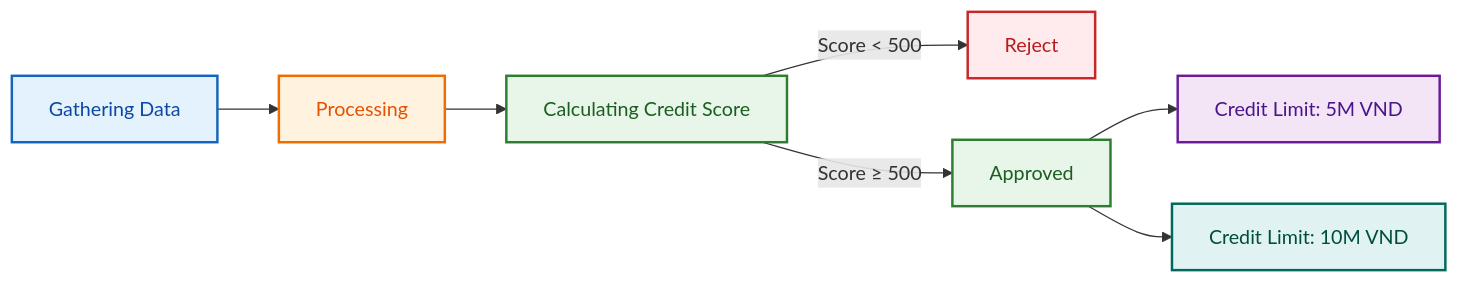
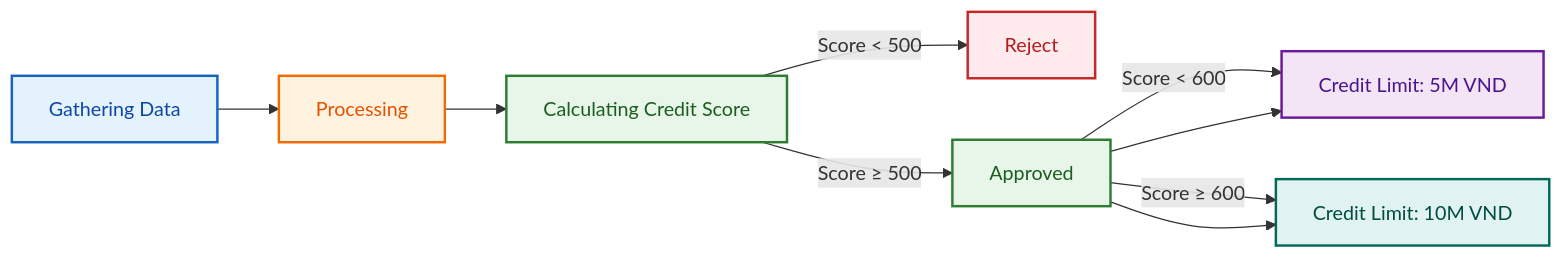
The diagram in README.md (ductin2197/PYTHON_CreditScoringModel), drawn with Mermaid before and after one commit.

Commit message:
README.md

````diff
--- a/README.md
+++ b/README.md
@@ -40,20 +40,23 @@
 ```mermaid
 flowchart LR
     A[Gathering Data] --> B[Processing]
     B --> C[Calculating Credit Score]
 
     C -->|Score < 500| D[Reject]
     C -->|Score ≥ 500| E[Approved]
+
+    E -->|Score < 600| F[Credit Limit: 5M VND]
+    E -->|Score ≥ 600| G[Credit Limit: 10M VND]
 
     E --> F[Credit Limit: 5M VND]
     E --> G[Credit Limit: 10M VND]
 
     %% Styling (no white / black, no duplicate colors)
     style A fill:#E3F2FD,stroke:#1565C0,stroke-width:2px,color:#0D47A1
     style B fill:#FFF3E0,stroke:#EF6C00,stroke-width:2px,color:#E65100
     style C fill:#E8F5E9,stroke:#2E7D32,stroke-width:2px,color:#1B5E20
     style D fill:#FFEBEE,stroke:#C62828,stroke-width:2px,color:#B71C1C
     style E fill:#E8F5E9,stroke:#2E7D32,stroke-width:2px,color:#1B5E20
     style F fill:#F3E5F5,stroke:#6A1B9A,stroke-width:2px,color:#4A148C
     style G fill:#E0F2F1,stroke:#00695C,stroke-width:2px,color:#004D40
 ```
````
